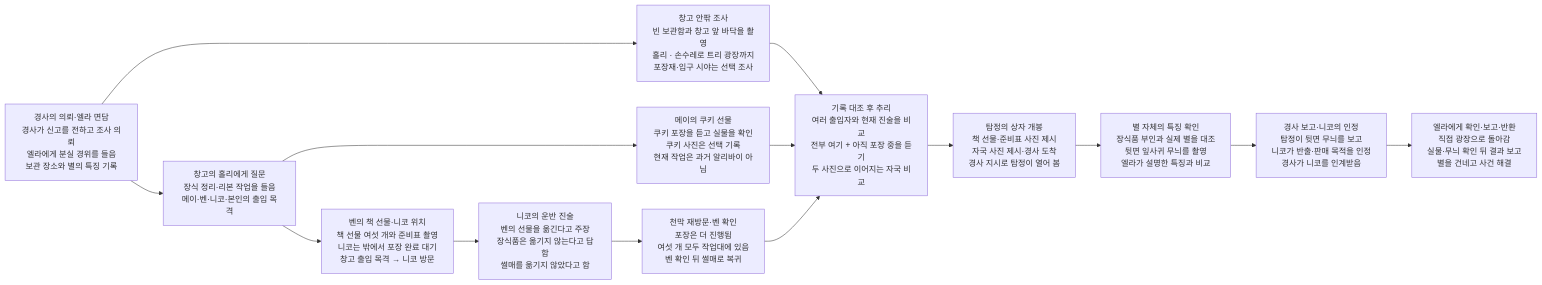
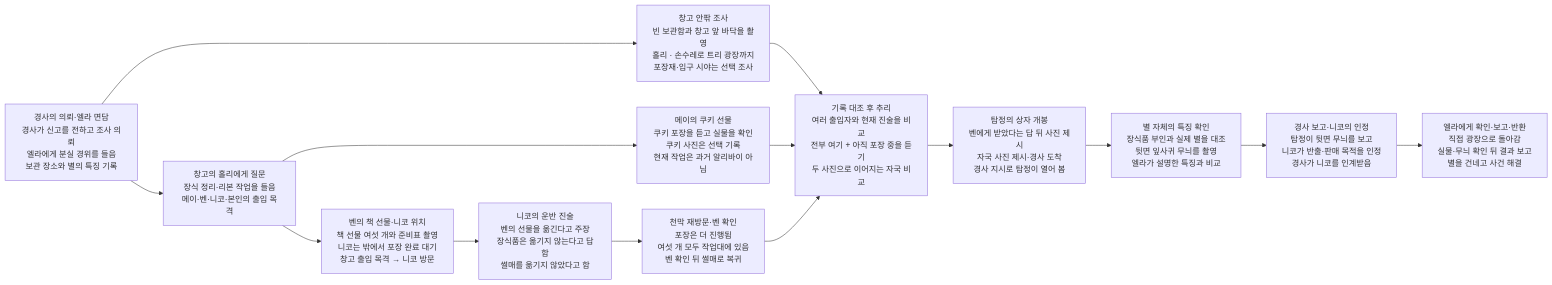
Before and after one commit to wonny95/detective-v2: the second of 2 diagrams in design/case-10-christmas-star.md, drawn with Mermaid. The commit also changed other lines of this file and 2 other files, not shown here.

````diff
--- a/design/case-10-christmas-star.md
+++ b/design/case-10-christmas-star.md
@@ -47,28 +47,28 @@
 ```mermaid
 flowchart LR
     s1["경사의 의뢰·엘라 면담<br/>경사가 신고를 전하고 조사 의뢰<br/>엘라에게 분실 경위를 들음<br/>보관 장소와 별의 특징 기록"]
     s2["창고의 홀리에게 질문<br/>장식 정리·리본 작업을 들음<br/>메이·벤·니코·본인의 출입 목격"]
     s3["창고 안팎 조사<br/>빈 보관함과 창고 앞 바닥을 촬영<br/>홀리 · 손수레로 트리 광장까지<br/>포장재·입구 시야는 선택 조사"]
     s4["메이의 쿠키 선물<br/>쿠키 포장을 듣고 실물을 확인<br/>쿠키 사진은 선택 기록<br/>현재 작업은 과거 알리바이 아님"]
     s5["벤의 책 선물·니코 위치<br/>책 선물 여섯 개와 준비표 촬영<br/>니코는 밖에서 포장 완료 대기<br/>창고 출입 목격 → 니코 방문"]
     s6["니코의 운반 진술<br/>벤의 선물을 옮긴다고 주장<br/>장식품은 옮기지 않는다고 답함<br/>썰매를 옮기지 않았다고 함"]
     s7["천막 재방문·벤 확인<br/>포장은 더 진행됨<br/>여섯 개 모두 작업대에 있음<br/>벤 확인 뒤 썰매로 복귀"]
     s8["기록 대조 후 추리<br/>여러 출입자와 현재 진술을 비교<br/>전부 여기 + 아직 포장 중을 듣기<br/>두 사진으로 이어지는 자국 비교"]
-    s9["탐정의 상자 개봉<br/>책 선물·준비표 사진 제시<br/>자국 사진 제시·경사 도착<br/>경사 지시로 탐정이 열어 봄"]
+    s9["탐정의 상자 개봉<br/>벤에게 받았다는 답 뒤 사진 제시<br/>자국 사진 제시·경사 도착<br/>경사 지시로 탐정이 열어 봄"]
     s10["별 자체의 특징 확인<br/>장식품 부인과 실제 별을 대조<br/>뒷면 잎사귀 무늬를 촬영<br/>엘라가 설명한 특징과 비교"]
     s11["경사 보고·니코의 인정<br/>탐정이 뒷면 무늬를 보고<br/>니코가 반출·판매 목적을 인정<br/>경사가 니코를 인계받음"]
     s12["엘라에게 확인·보고·반환<br/>직접 광장으로 돌아감<br/>실물·무늬 확인 뒤 결과 보고<br/>별을 건네고 사건 해결"]
     s1 --> s2
     s1 --> s3
     s2 --> s4
     s2 --> s5
     s3 --> s8
     s4 --> s8
     s5 --> s6
     s6 --> s7
     s7 --> s8
     s8 --> s9
     s9 --> s10
     s10 --> s11
     s11 --> s12
 ```
````
